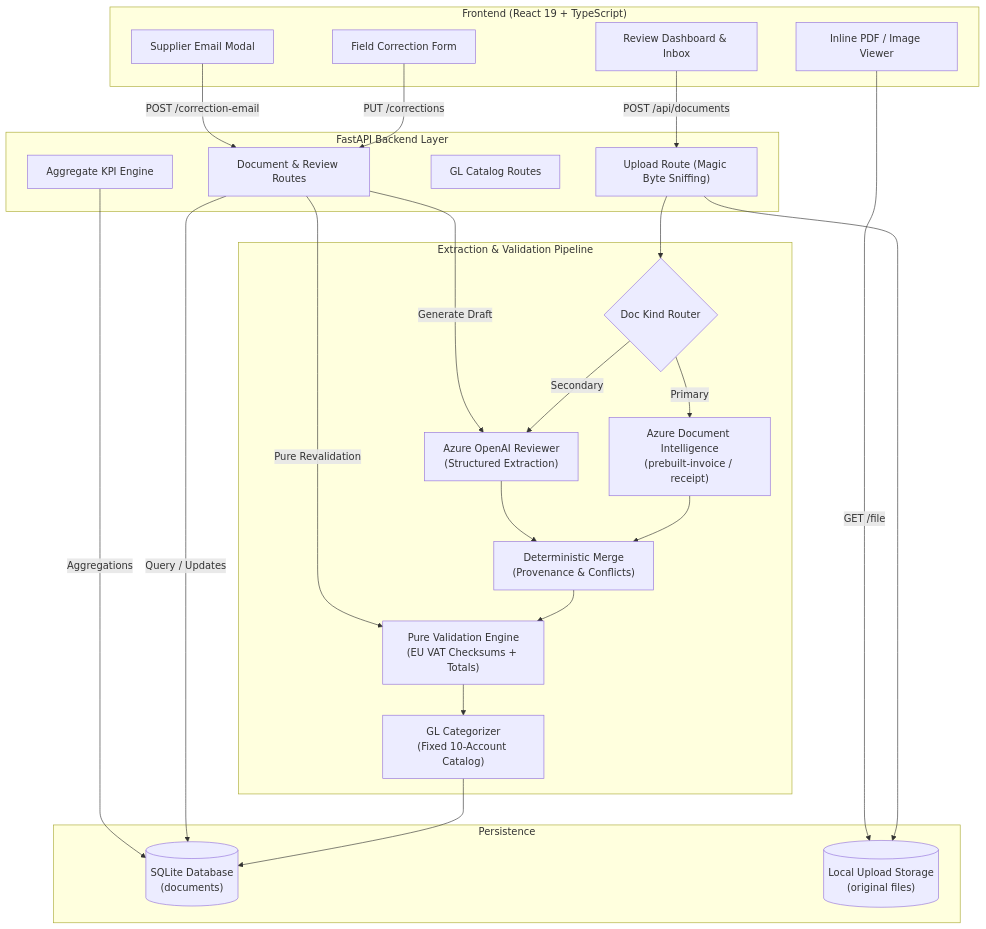
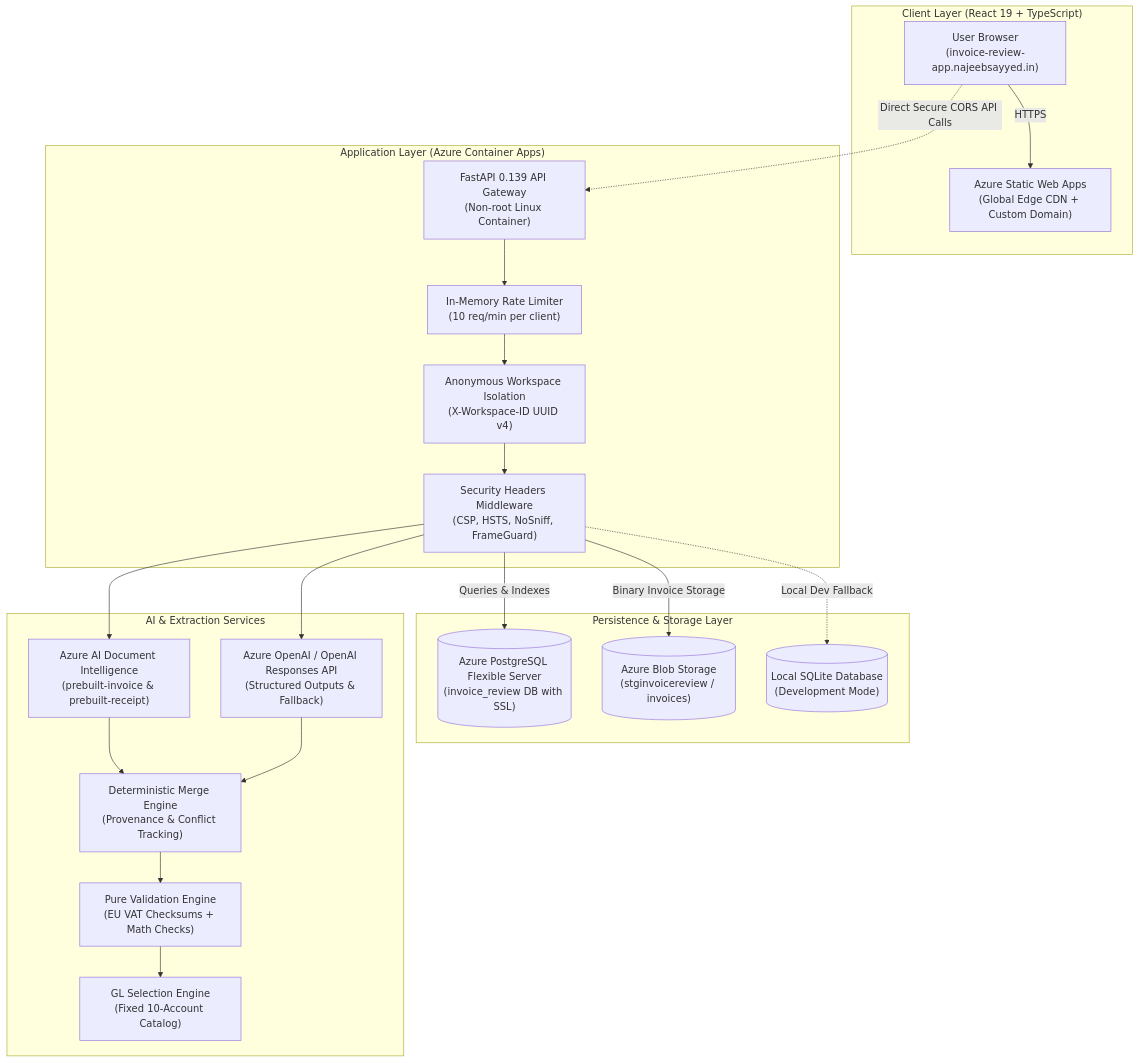
Before and after one commit to najeebsayyed/invoice-review-application: the diagram in README.md, drawn with Mermaid. The commit also changed other lines of this file and 9 other files, not shown here.

Commit message:
security: harden container execution, add rate limiting, configure CSP, and update README

````diff
--- a/README.md
+++ b/README.md
@@ -58,49 +66,43 @@
 ```mermaid
 flowchart TD
-    subgraph Client ["Frontend (React 19 + TypeScript)"]
-        UI["Review Dashboard & Inbox"]
-        Viewer["Inline PDF / Image Viewer"]
-        EditForm["Field Correction Form"]
-        EmailModal["Supplier Email Modal"]
+    subgraph Client ["Client Layer (React 19 + TypeScript)"]
+        Browser["User Browser\n(invoice-review-app.najeebsayyed.in)"]
+        SWA["Azure Static Web Apps\n(Global Edge CDN + Custom Domain)"]
+        Browser -->|HTTPS| SWA
     end
 
-    subgraph API ["FastAPI Backend Layer"]
-        Upload["Upload Route (Magic Byte Sniffing)"]
-        DocRoute["Document & Review Routes"]
-        AccRoute["GL Catalog Routes"]
-        StatsRoute["Aggregate KPI Engine"]
+    subgraph Backend ["Application Layer (Azure Container Apps)"]
+        API["FastAPI 0.139 API Gateway\n(Non-root Linux Container)"]
+        RateLimit["In-Memory Rate Limiter\n(10 req/min per client)"]
+        WorkspaceEngine["Anonymous Workspace Isolation\n(X-Workspace-ID UUID v4)"]
+        SecurityMW["Security Headers Middleware\n(CSP, HSTS, NoSniff, FrameGuard)"]
+        
+        API --> RateLimit --> WorkspaceEngine --> SecurityMW
     end
 
-    subgraph Pipeline ["Extraction & Validation Pipeline"]
-        Router{"Doc Kind Router"}
-        DocIntel["Azure Document Intelligence\n(prebuilt-invoice / receipt)"]
-        AOAI["Azure OpenAI Reviewer\n(Structured Extraction)"]
-        Merge["Deterministic Merge\n(Provenance & Conflicts)"]
-        Val["Pure Validation Engine\n(EU VAT Checksums + Totals)"]
-        GLSuggest["GL Categorizer\n(Fixed 10-Account Catalog)"]
+    subgraph StorageLayer ["Persistence & Storage Layer"]
+        PG[("Azure PostgreSQL Flexible Server\n(invoice_review DB with SSL)")]
+        Blob[("Azure Blob Storage\n(stginvoicereview / invoices)")]
+        LocalDB[("Local SQLite Database\n(Development Mode)")]
+        
+        SecurityMW -->|Queries & Indexes| PG
+        SecurityMW -->|Binary Invoice Storage| Blob
+        SecurityMW -.->|Local Dev Fallback| LocalDB
     end
 
-    subgraph Storage ["Persistence"]
-        SQLite[("SQLite Database\n(documents)")]
-        Disk[("Local Upload Storage\n(original files)")]
+    subgraph AI ["AI & Extraction Services"]
+        DocIntel["Azure AI Document Intelligence\n(prebuilt-invoice & prebuilt-receipt)"]
+        OpenAI["Azure OpenAI / OpenAI Responses API\n(Structured Outputs & Fallback)"]
+        Merge["Deterministic Merge Engine\n(Provenance & Conflict Tracking)"]
+        Validator["Pure Validation Engine\n(EU VAT Checksums + Math Checks)"]
+        GLCategorizer["GL Selection Engine\n(Fixed 10-Account Catalog)"]
+
+        SecurityMW --> DocIntel
+        SecurityMW --> OpenAI
+        DocIntel --> Merge
+        OpenAI --> Merge
+        Merge --> Validator --> GLCategorizer
     end
 
-    UI -->|POST /api/documents| Upload
-    Upload --> Router
-    Router -->|Primary| DocIntel
-    Router -->|Secondary| AOAI
-    DocIntel --> Merge
-    AOAI --> Merge
-    Merge --> Val
-    Val --> GLSuggest
-    GLSuggest --> SQLite
-    Upload --> Disk
-
-    DocRoute -->|Query / Updates| SQLite
-    StatsRoute -->|Aggregations| SQLite
-    EditForm -->|PUT /corrections| DocRoute
-    DocRoute -->|Pure Revalidation| Val
-    EmailModal -->|POST /correction-email| DocRoute
-    DocRoute -->|Generate Draft| AOAI
-    Viewer -->|GET /file| Disk
+    Browser -.->|Direct Secure CORS API Calls| API
 ```
````
